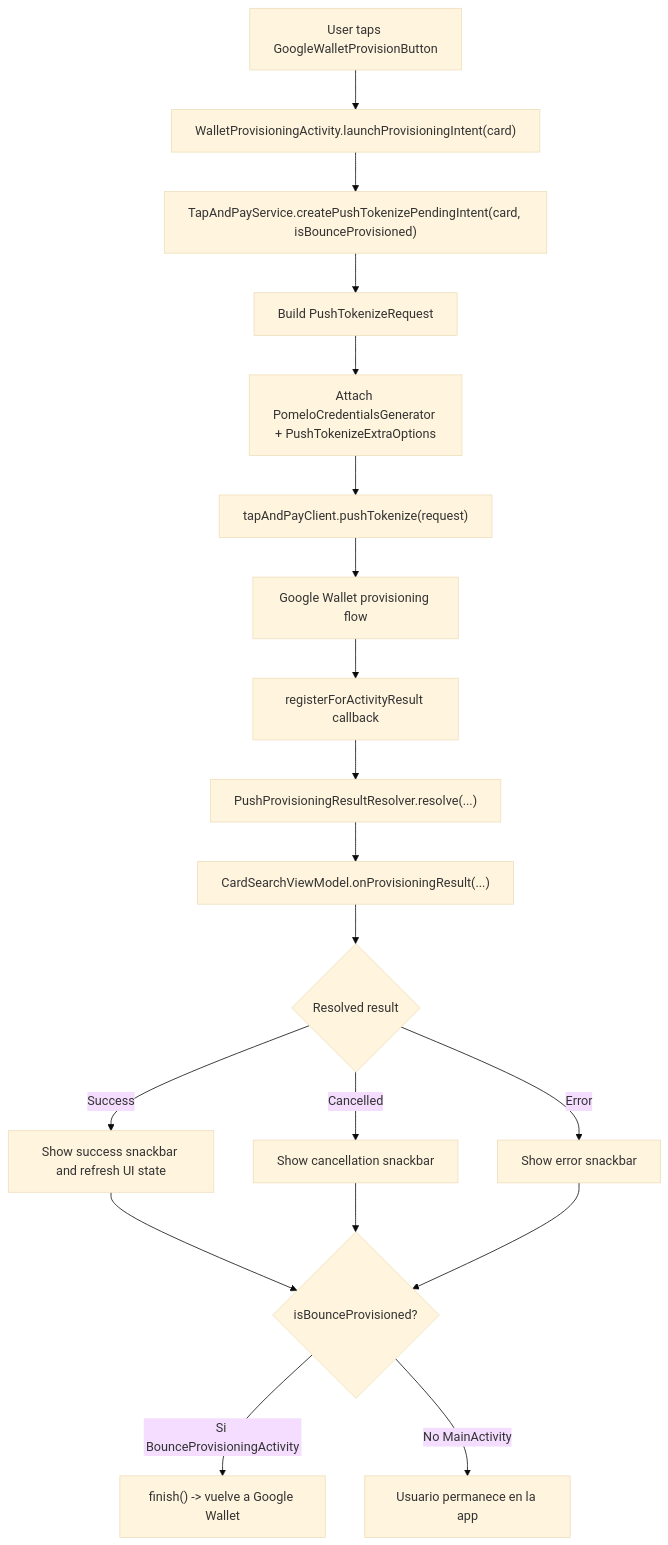
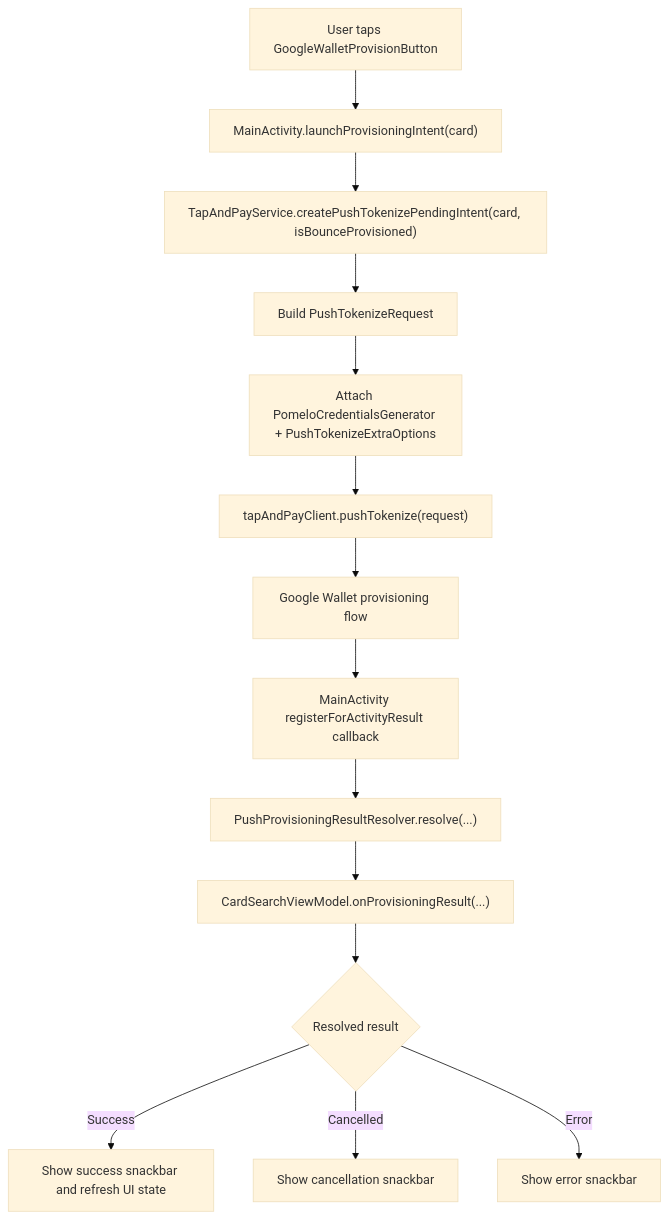
One commit to pomelo-la/example-sdk-android-tokenization changed the first of 3 diagrams in example-android-app-google-upp/app/README.md. Above: the diagram before and after it, drawn with Mermaid (base theme). The commit also changed other lines of this file and 4 other files, not shown here.

First line of the commit message:
revert: don't close the Activity after Bounce Provisioning completes

````diff
--- a/example-android-app-google-upp/app/README.md
+++ b/example-android-app-google-upp/app/README.md
@@ -43,21 +38,16 @@
 ```mermaid
 flowchart TD
-    A["User taps GoogleWalletProvisionButton"] --> B["WalletProvisioningActivity.launchProvisioningIntent(card)"]
+    A["User taps GoogleWalletProvisionButton"] --> B["MainActivity.launchProvisioningIntent(card)"]
     B --> C["TapAndPayService.createPushTokenizePendingIntent(card, isBounceProvisioned)"]
     C --> D["Build PushTokenizeRequest"]
     D --> E["Attach PomeloCredentialsGenerator + PushTokenizeExtraOptions"]
     E --> F["tapAndPayClient.pushTokenize(request)"]
     F --> G["Google Wallet provisioning flow"]
-    G --> H["registerForActivityResult callback"]
+    G --> H["MainActivity registerForActivityResult callback"]
     H --> I["PushProvisioningResultResolver.resolve(...)"]
     I --> J["CardSearchViewModel.onProvisioningResult(...)"]
     J --> K{"Resolved result"}
     K -->|Success| L["Show success snackbar and refresh UI state"]
     K -->|Cancelled| M["Show cancellation snackbar"]
     K -->|Error| N["Show error snackbar"]
-    L --> O{"isBounceProvisioned?"}
-    M --> O
-    N --> O
-    O -->|Si BounceProvisioningActivity| P["finish() -> vuelve a Google Wallet"]
-    O -->|No MainActivity| Q["Usuario permanece en la app"]
 ```
````
